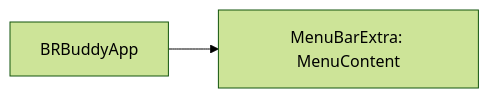
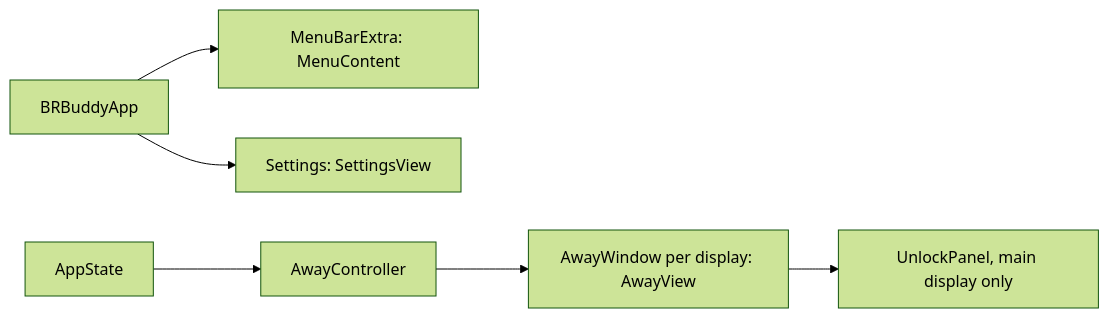
The first of 2 diagrams in docs/architecture/README.md (dhaataalimited-hub/brbuddy), drawn with Mermaid (forest theme) before and after one commit. The commit also changed other lines of this file and 24 other files, not shown here.

First line of the commit message:
Phase 1: BRB away screen with Touch ID unlock, auto-start and real-lock hand-off

````diff
--- a/docs/architecture/README.md
+++ b/docs/architecture/README.md
@@ -16,4 +18,8 @@
 ```mermaid
 flowchart LR
   App[BRBuddyApp] --> Menu[MenuBarExtra: MenuContent]
+  App --> Settings[Settings: SettingsView]
+  State[AppState] --> Away[AwayController]
+  Away --> Win[AwayWindow per display: AwayView]
+  Win --> Unlock[UnlockPanel, main display only]
 ```
````
